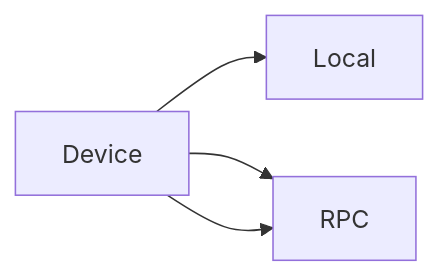
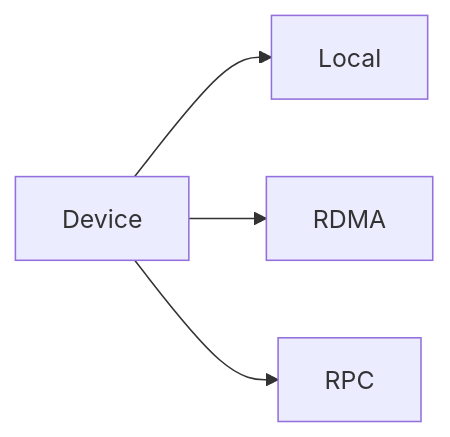
The second of 2 diagrams in docs/network-daemon.md (ProjectMitosisOS/mitosis-core), drawn with Mermaid before and after one commit. The commit also changed 1 other file, not shown here.

Commit message:
update doc of #4

````diff
--- a/docs/network-daemon.md
+++ b/docs/network-daemon.md
@@ -15,7 +15,7 @@
 ```mermaid
 flowchart LR
 A[Device]
 A-->B[Local]
 A-->C[RDMA]
-A-->C[RPC] 
+A-->D[RPC] 
 ```
````
